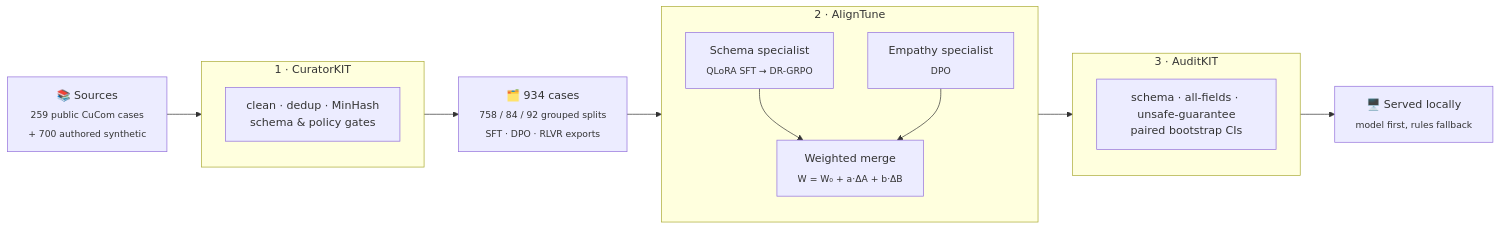
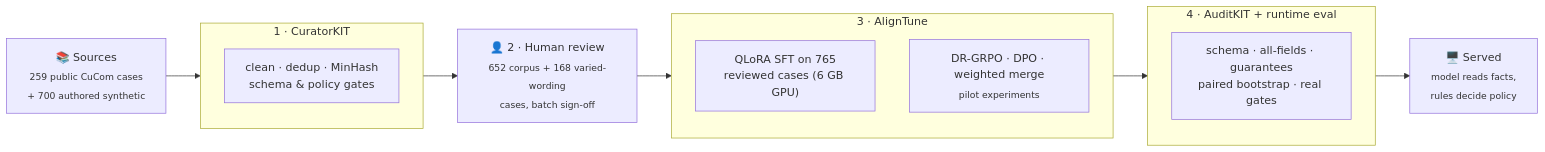
The second of 2 diagrams in README.md (vishal88736/suraksha-merge), drawn with Mermaid before and after one commit. The commit also changed other lines of this file, not shown here.

````diff
--- a/README.md
+++ b/README.md
@@ -177,21 +206,18 @@
 ```mermaid
 flowchart LR
     S["📚 Sources<br/><sub>259 public CuCom cases<br/>+ 700 authored synthetic</sub>"] --> C
     subgraph C ["1 · CuratorKIT"]
       C1["clean · dedup · MinHash<br/>schema & policy gates"]
     end
-    C --> D["🗂️ 934 cases<br/><sub>758 / 84 / 92 grouped splits<br/>SFT · DPO · RLVR exports</sub>"]
-    D --> T
-    subgraph T ["2 · AlignTune"]
-      T1["Schema specialist<br/><sub>QLoRA SFT → DR-GRPO</sub>"]
-      T2["Empathy specialist<br/><sub>DPO</sub>"]
-      T3["Weighted merge<br/><sub>W = W₀ + a·ΔA + b·ΔB</sub>"]
-      T1 --> T3
-      T2 --> T3
+    C --> H["👤 2 · Human review<br/><sub>652 corpus + 168 varied-wording<br/>cases, batch sign-off</sub>"]
+    H --> T
+    subgraph T ["3 · AlignTune"]
+      T1["QLoRA SFT on 765<br/>reviewed cases (6 GB GPU)"]
+      T2["DR-GRPO · DPO · weighted merge<br/><sub>pilot experiments</sub>"]
     end
     T --> A
-    subgraph A ["3 · AuditKIT"]
-      A1["schema · all-fields · unsafe-guarantee<br/>paired bootstrap CIs"]
+    subgraph A ["4 · AuditKIT + runtime eval"]
+      A1["schema · all-fields · guarantees<br/>paired bootstrap · real gates"]
     end
-    A --> M["🖥️ Served locally<br/><sub>model first, rules fallback</sub>"]
+    A --> M["🖥️ Served<br/><sub>model reads facts,<br/>rules decide policy</sub>"]
 ```
````
